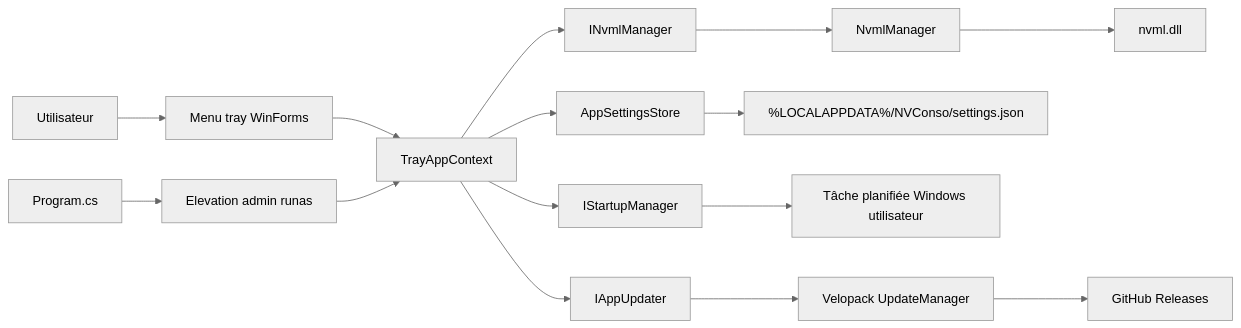
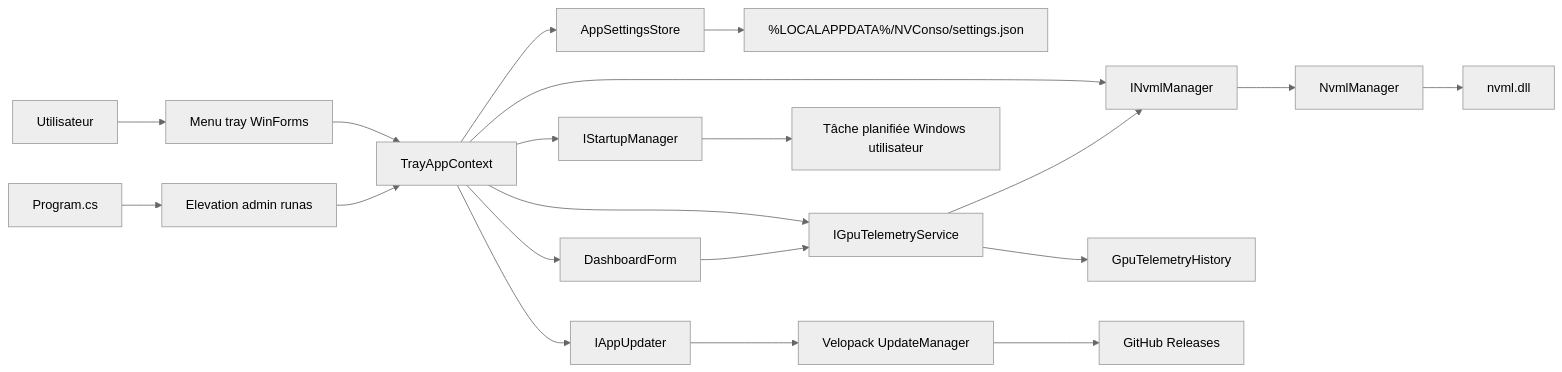
One commit to arnaud-wissart-lab/NVConso changed the diagram in README.md. Above: the diagram before and after it, drawn with Mermaid (neutral theme). The commit also changed other lines of this file and 34 other files, not shown here.

````diff
--- a/README.md
+++ b/README.md
@@ -65,17 +75,22 @@
 ```mermaid
 flowchart LR
   A[Utilisateur] --> B[Menu tray WinForms]
   B --> C[TrayAppContext]
   C --> D[INvmlManager]
   D --> E[NvmlManager]
   E --> F[nvml.dll]
   C --> G[AppSettingsStore]
   G --> H[%LOCALAPPDATA%/NVConso/settings.json]
+  C --> P[IGpuTelemetryService]
+  P --> Q[GpuTelemetryHistory]
+  P --> D
+  C --> R[DashboardForm]
+  R --> P
   I[Program.cs] --> J[Elevation admin runas]
   J --> C
   C --> K[IStartupManager]
   K --> L["Tâche planifiée Windows utilisateur"]
   C --> M[IAppUpdater]
   M --> N[Velopack UpdateManager]
   N --> O[GitHub Releases]
 ```
````
